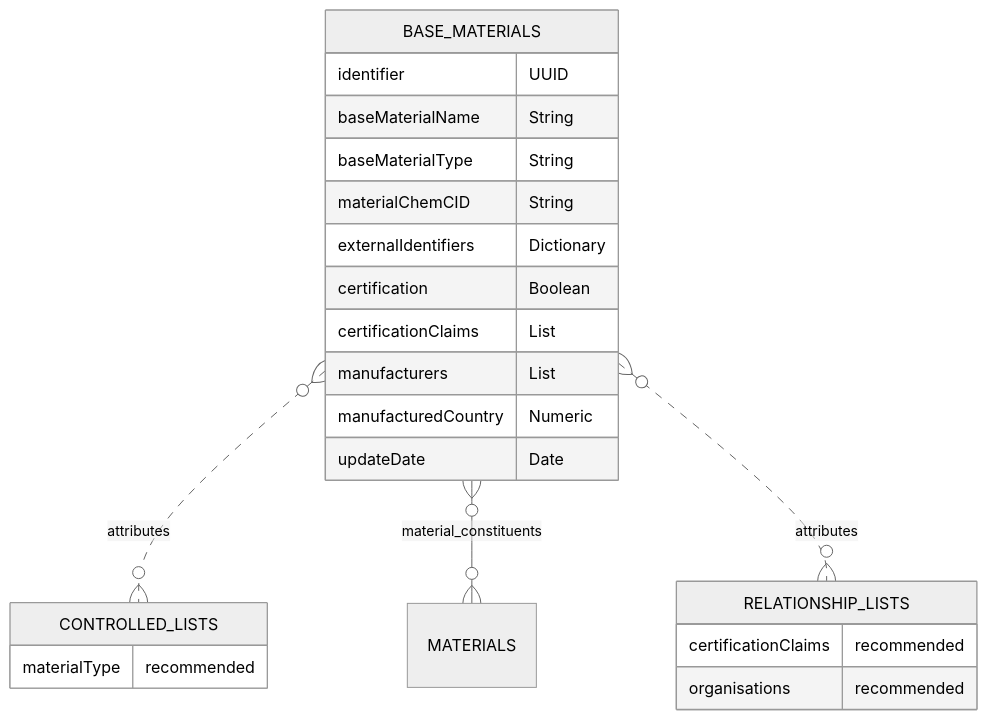
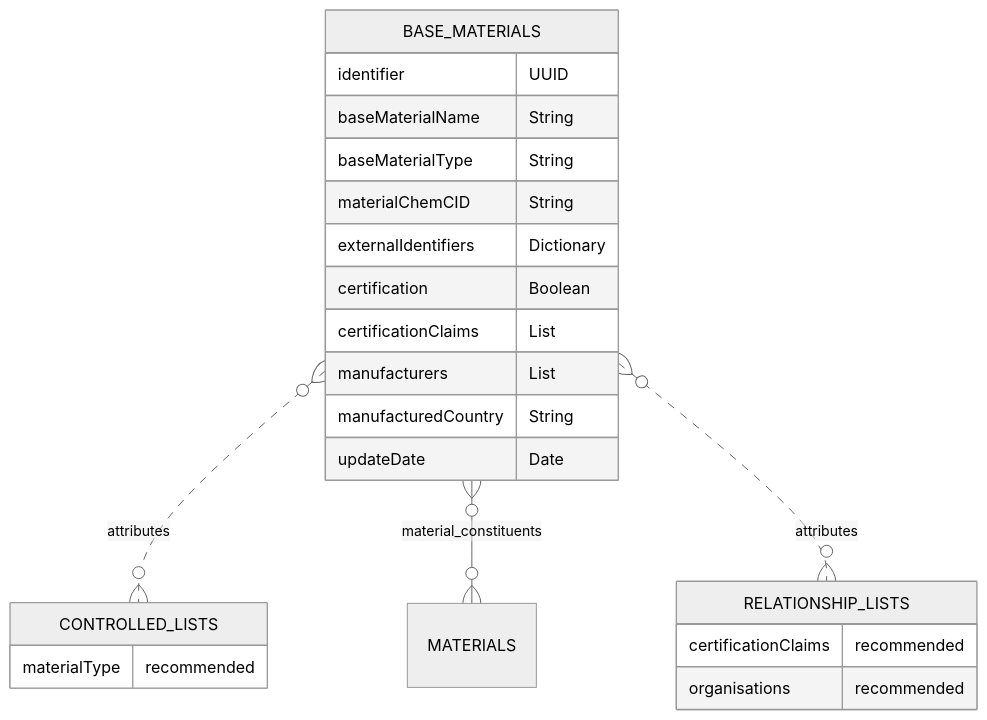
One commit to OpenDataManchester/Open3P changed the diagram in docs/3_Data_Specification/3_1_Base_Materials.md. Above: the diagram before and after it, drawn with Mermaid (neutral theme). The commit also changed other lines of this file, not shown here.

Commit message:
Changed Numeric format in Base Materials

````diff
--- a/docs/3_Data_Specification/3_1_Base_Materials.md
+++ b/docs/3_Data_Specification/3_1_Base_Materials.md
@@ -26,25 +26,25 @@
 ``` mermaid
 erDiagram
   BASE_MATERIALS {
     identifier UUID
     baseMaterialName String
     baseMaterialType String
     materialChemCID String
     externalIdentifiers Dictionary
     certification Boolean
     certificationClaims List
     manufacturers List
-    manufacturedCountry Numeric
+    manufacturedCountry String
     updateDate Date
   }
   BASE_MATERIALS }o..o{ CONTROLLED_LISTS : attributes
   BASE_MATERIALS }o--o{ MATERIALS : material_constituents
   BASE_MATERIALS }o..o{ RELATIONSHIP_LISTS : attributes
   CONTROLLED_LISTS {
     materialType recommended 
   }
   RELATIONSHIP_LISTS {
     certificationClaims recommended
     organisations recommended
   }
 ```
````
